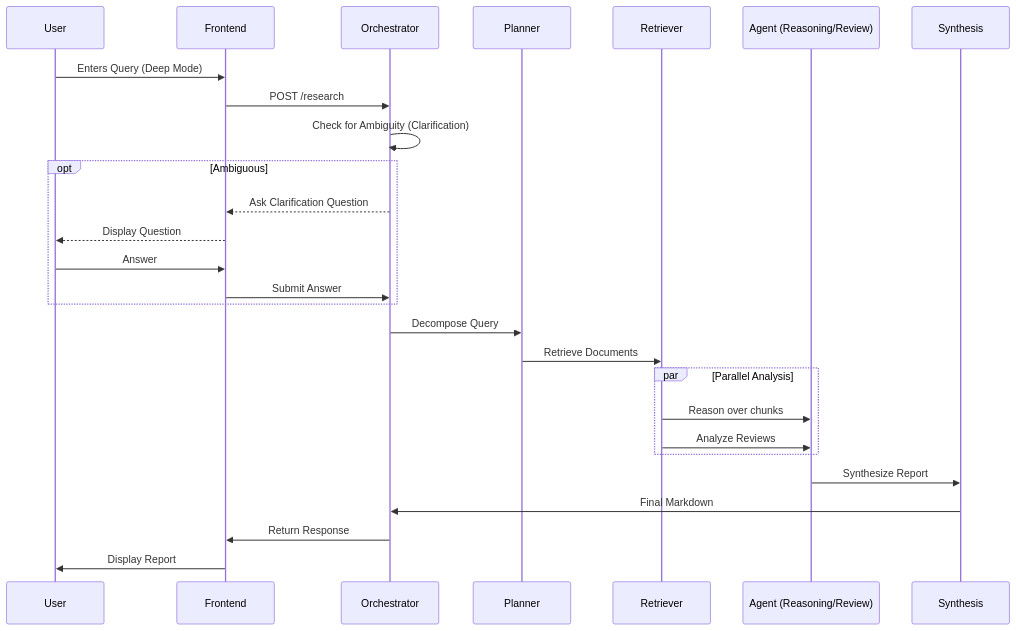
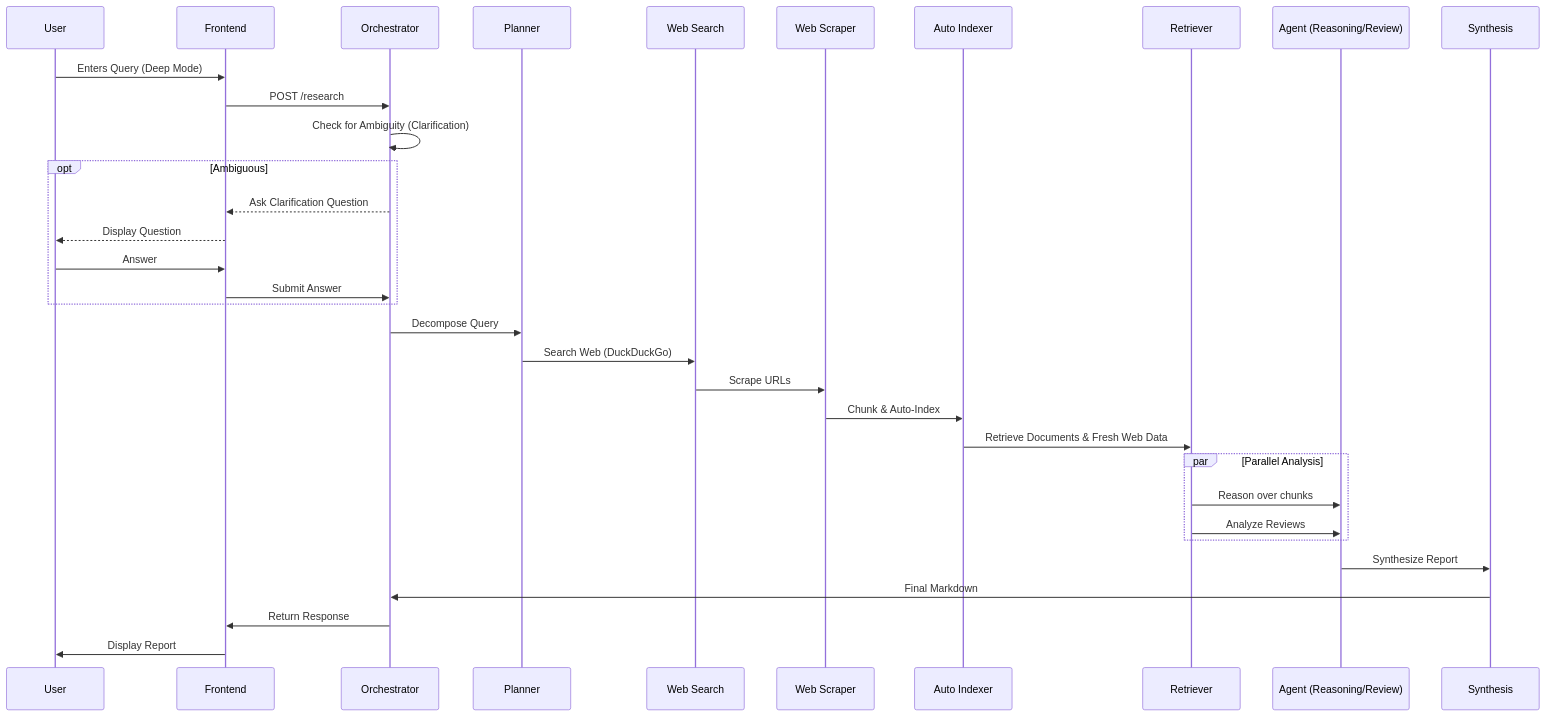
The second of 2 diagrams in README.md (Aditsharma12/Auto_research), drawn with Mermaid before and after one commit. The commit also changed other lines of this file and 15 other files, not shown here.

````diff
--- a/README.md
+++ b/README.md
@@ -135,30 +144,36 @@
 ```mermaid
 sequenceDiagram
     participant U as User
     participant F as Frontend
     participant O as Orchestrator
     participant P as Planner
+    participant WS as Web Search
+    participant SC as Web Scraper
+    participant AI as Auto Indexer
     participant R as Retriever
     participant A as Agent (Reasoning/Review)
     participant S as Synthesis
     
     U->>F: Enters Query (Deep Mode)
     F->>O: POST /research
     O->>O: Check for Ambiguity (Clarification)
     opt Ambiguous
         O-->>F: Ask Clarification Question
         F-->>U: Display Question
         U->>F: Answer
         F->>O: Submit Answer
     end
     O->>P: Decompose Query
-    P->>R: Retrieve Documents
+    P->>WS: Search Web (DuckDuckGo)
+    WS->>SC: Scrape URLs
+    SC->>AI: Chunk & Auto-Index
+    AI->>R: Retrieve Documents & Fresh Web Data
     par Parallel Analysis
         R->>A: Reason over chunks
         R->>A: Analyze Reviews
     end
     A->>S: Synthesize Report
     S->>O: Final Markdown
     O->>F: Return Response
     F->>U: Display Report
 ```
````
